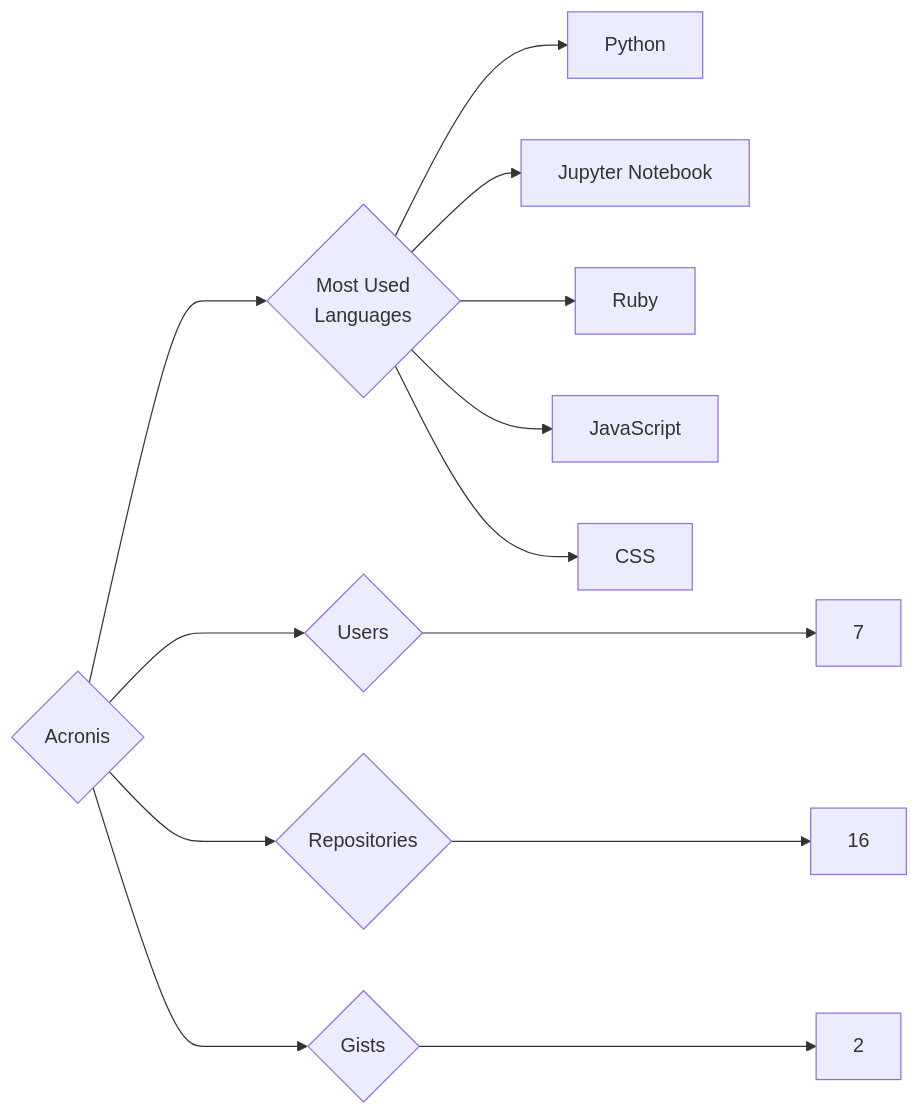
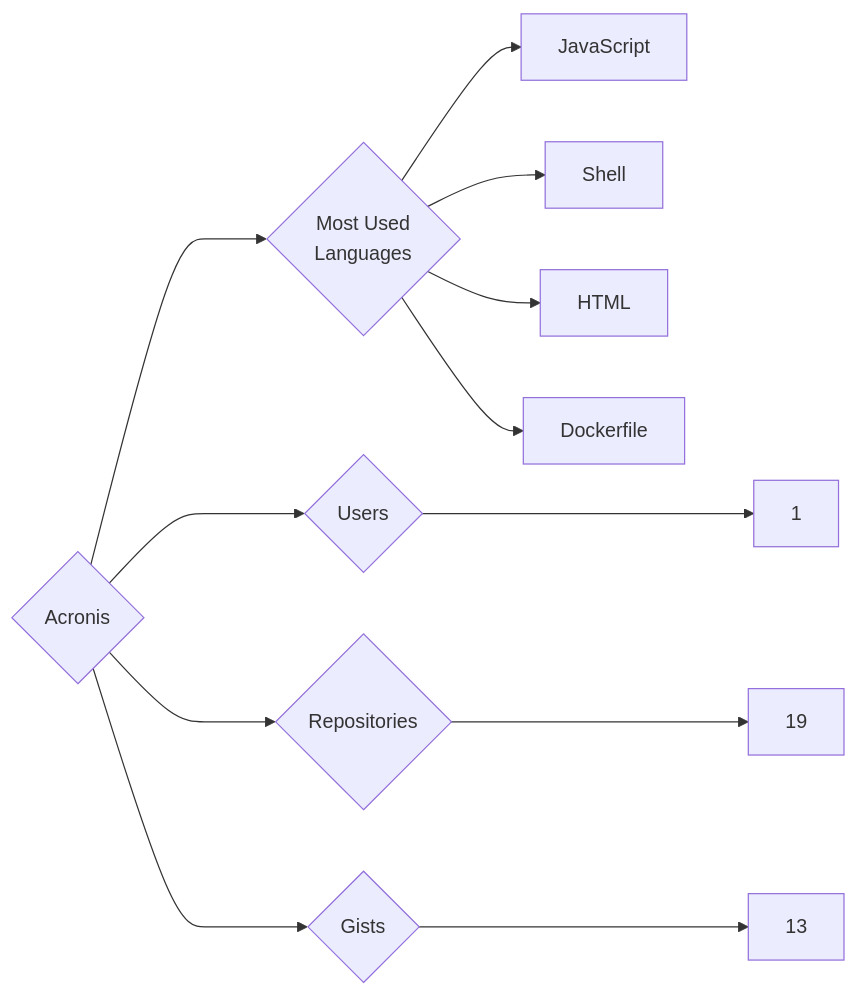
The diagram in targets/Acronis/README.md (trickest/insiders), drawn with Mermaid before and after one commit. The commit also changed 840 other files, not shown here.

````diff
--- a/targets/Acronis/README.md
+++ b/targets/Acronis/README.md
@@ -3,13 +3,12 @@
 ```mermaid
 graph LR
 COMPANY_NAME{Acronis}
-COMPANY_NAME ---> U{Users} ---> UN[7]
-COMPANY_NAME ---> R{Repositories} ---> RN[16]
-COMPANY_NAME ---> G{Gists} ---> GN[2]
+COMPANY_NAME ---> U{Users} ---> UN[1]
+COMPANY_NAME ---> R{Repositories} ---> RN[19]
+COMPANY_NAME ---> G{Gists} ---> GN[13]
 COMPANY_NAME ---> ML{Most Used<br>Languages}
-ML --> Python[Python]
-ML --> Jupyter_Notebook[Jupyter Notebook]
-ML --> Ruby[Ruby]
 ML --> JavaScript[JavaScript]
-ML --> CSS[CSS]
+ML --> Shell[Shell]
+ML --> HTML[HTML]
+ML --> Dockerfile[Dockerfile]
 ```
````
